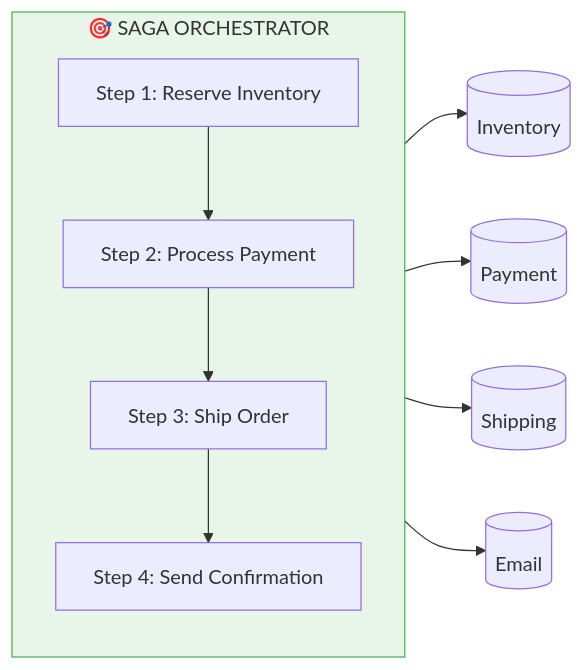
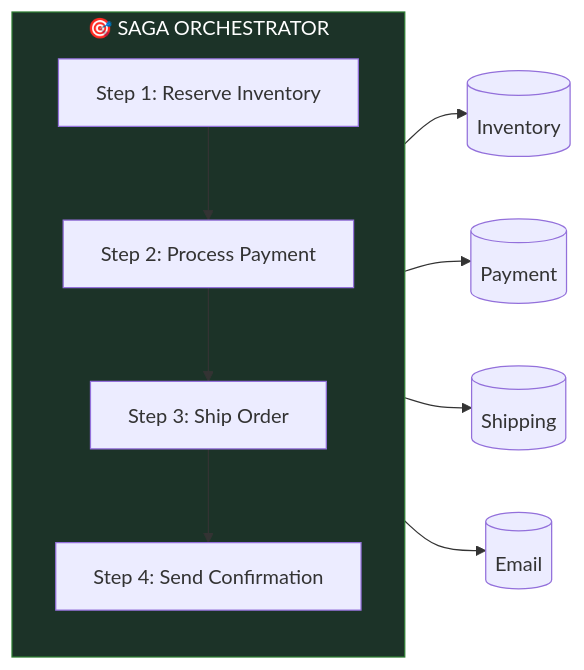
The second of 6 diagrams in docs/messaging/sagas.md (dlrivada/Encina), drawn with Mermaid before and after one commit. The commit also changed other lines of this file and 6 other files, not shown here.

First line of the commit message:
docs: replace hardcoded light-mode Mermaid colors with dark equivalents

````diff
--- a/docs/messaging/sagas.md
+++ b/docs/messaging/sagas.md
@@ -82,19 +82,19 @@
 ```mermaid
 flowchart LR
     subgraph Orchestrator["🎯 SAGA ORCHESTRATOR"]
         direction TB
         S1[Step 1: Reserve Inventory]
         S2[Step 2: Process Payment]
         S3[Step 3: Ship Order]
         S4[Step 4: Send Confirmation]
 
         S1 --> S2 --> S3 --> S4
     end
 
     Orchestrator --> Inv[(Inventory)]
     Orchestrator --> Pay[(Payment)]
     Orchestrator --> Ship[(Shipping)]
     Orchestrator --> Email[(Email)]
 
-    style Orchestrator fill:#E8F5E9,stroke:#4CAF50
+    style Orchestrator fill:#1c3328,stroke:#2e7d32,color:#fff
 ```
````
